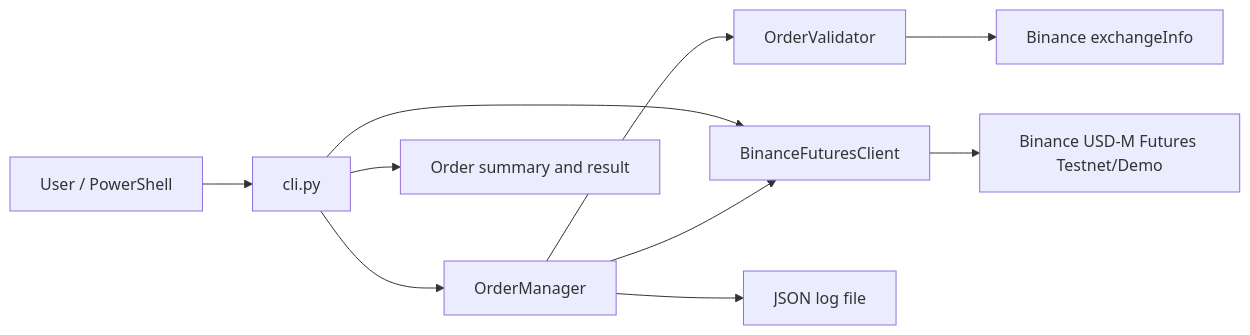
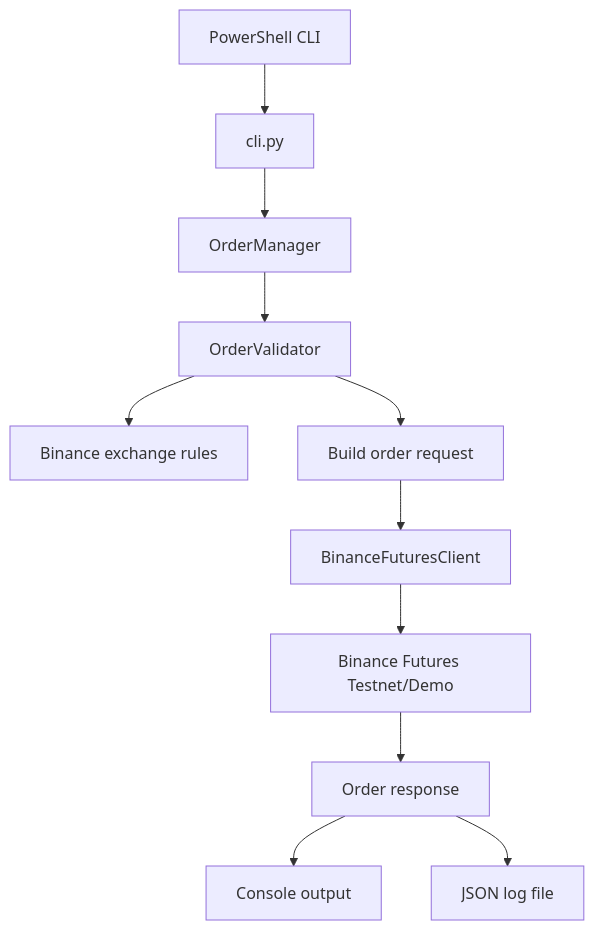
One commit to YasharthPanwar-2003/Trading-Bot changed the first of 3 diagrams in README.md. Above: the diagram before and after it, drawn with Mermaid. The commit also changed other lines of this file, not shown here.

Commit message:
Simplify README diagrams

````diff
--- a/README.md
+++ b/README.md
@@ -36,12 +36,13 @@
 ```mermaid
-flowchart LR
-  User[User / PowerShell] --> CLI[cli.py]
-  CLI --> Manager[OrderManager]
-  CLI --> Client[BinanceFuturesClient]
-  Manager --> Validator[OrderValidator]
-  Validator --> ExchangeInfo[Binance exchangeInfo]
-  Manager --> Client
-  Client --> Binance[Binance USD-M Futures Testnet/Demo]
-  Manager --> Logs[JSON log file]
-  CLI --> Output[Order summary and result]
+flowchart TD
+  A[PowerShell CLI] --> B[cli.py]
+  B --> C[OrderManager]
+  C --> D[OrderValidator]
+  D --> E[Binance exchange rules]
+  D --> F[Build order request]
+  F --> G[BinanceFuturesClient]
+  G --> H[Binance Futures Testnet/Demo]
+  H --> I[Order response]
+  I --> J[Console output]
+  I --> K[JSON log file]
 ```
````
